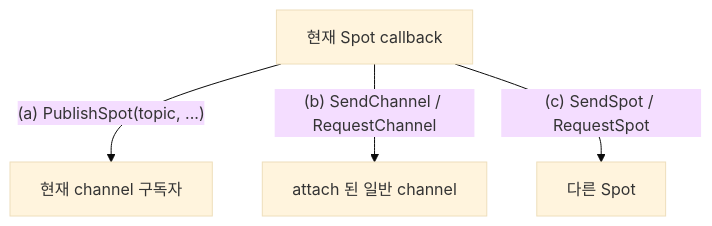
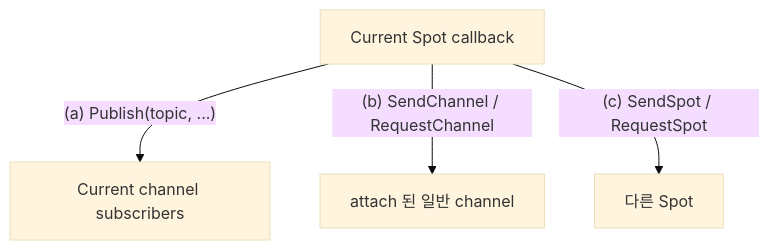
The diagram in framework/languages/dotnet/doc/guide/05-spot.ko.md (kairos-code-dev/zlink), drawn with Mermaid (base theme) before and after one commit. The commit also changed other lines of this file and 116 other files, not shown here.

````diff
--- a/framework/languages/dotnet/doc/guide/05-spot.ko.md
+++ b/framework/languages/dotnet/doc/guide/05-spot.ko.md
@@ -362,6 +362,6 @@
 ```mermaid
 flowchart TD
-  Spot[현재 Spot callback] -->|"(a) PublishSpot(topic, ...)"| Sub[현재 channel 구독자]
+  Spot[Current Spot callback] -->|"(a) Publish(topic, ...)"| Sub[Current channel subscribers]
   Spot -->|"(b) SendChannel / RequestChannel"| Ch[attach 된 일반 channel]
   Spot -->|"(c) SendSpot / RequestSpot"| OtherSpot[다른 Spot]
 ```
````
